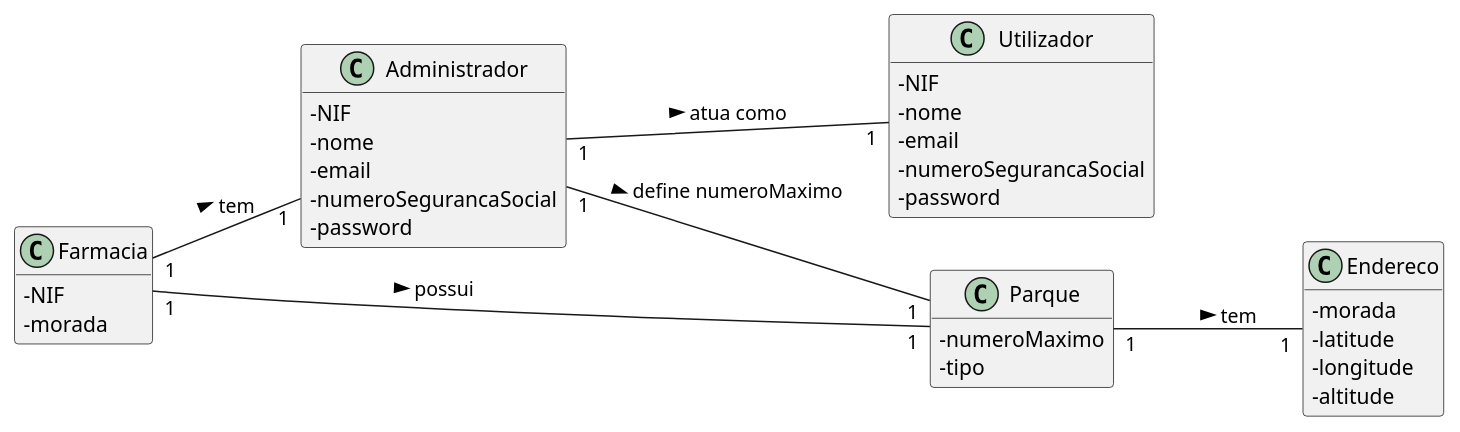
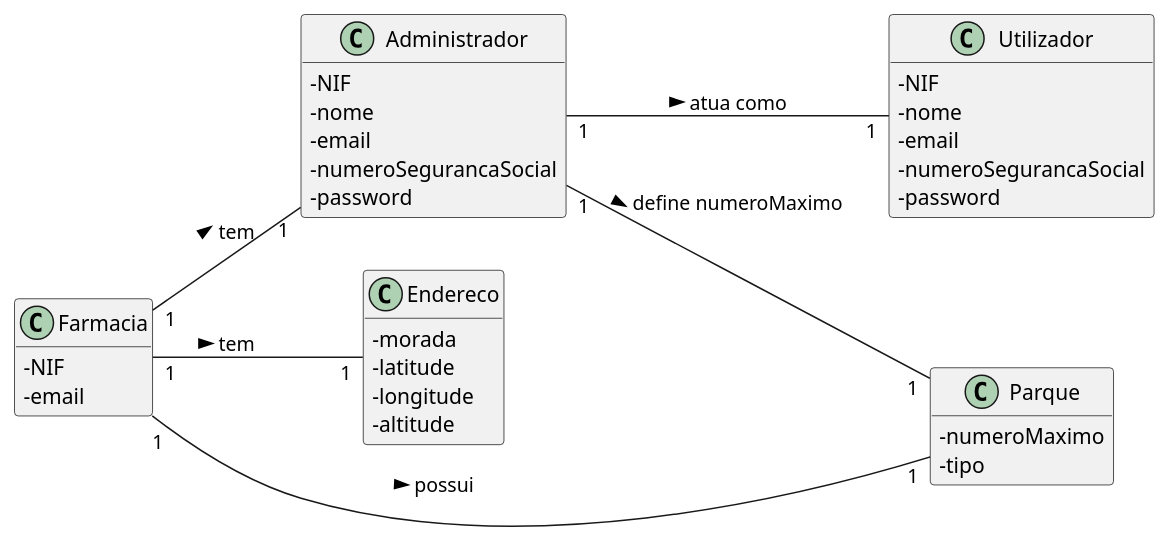
The diagram in docs/UC128/MD-REGISTAR FARMACIA.puml (pedrolemos4/LAPR3), drawn with PlantUML before and after one commit. The commit also changed 3 other files, not shown here.

Commit message:
LAP3AP4-128 #close Registar Farmacia [Análise] Correção LAP3AP4-129 #close Criar Parque de Drones [Análise] Correção

```diff
--- a/docs/UC128/MD-REGISTAR FARMACIA.puml
+++ b/docs/UC128/MD-REGISTAR FARMACIA.puml
@@ -1,45 +1,45 @@
 @startuml
 skinparam classAttributeIconSize 0
 hide methods
 left to right direction
 
 class Farmacia {
   -NIF
-  -morada
+  -email
 }
 
 class Utilizador {
   -NIF
   -nome
   -email
   -numeroSegurancaSocial
   -password
 }
 
 class Administrador {
   -NIF
   -nome
   -email
   -numeroSegurancaSocial
   -password
 }
 
 class Endereco {
   -morada
   -latitude
   -longitude
   -altitude
 }
 
 class Parque {
   -numeroMaximo
   -tipo
 }
 
 Administrador "1" -- "1" Utilizador: atua como >
 Administrador "1" -- "1" Parque: define numeroMaximo >
 Farmacia "1" -- "1" Parque: possui >
-Parque "1" -- "1" Endereco: tem >
+Farmacia "1" -- "1" Endereco: tem >
 Farmacia "1" -- "1" Administrador: tem >
 
 @enduml
```
